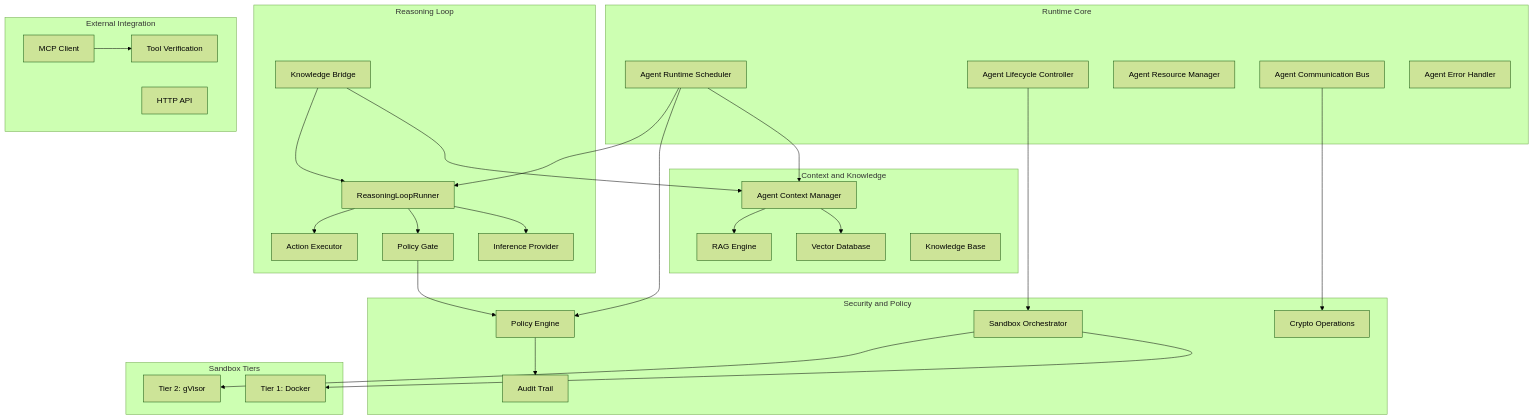
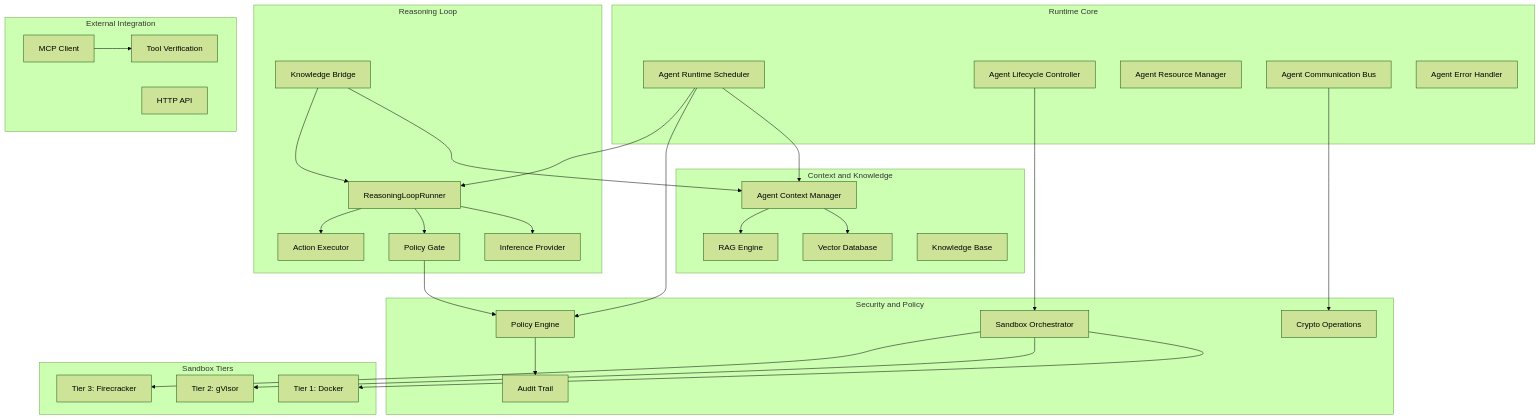
Before and after one commit to ThirdKeyAI/Symbiont: the first of 3 diagrams in docs/pt/runtime-architecture.md, drawn with Mermaid (forest theme). The commit also changed other lines of this file and 58 other files, not shown here.

Commit message:
release: v1.12.0 — sandbox tier selection (Docker/gVisor/Firecracker, all OSS), .symbi canonical extension, SecurityTier::Hosted for E2B, tier3 init flags + setup guide, full translations

````diff
--- a/docs/pt/runtime-architecture.md
+++ b/docs/pt/runtime-architecture.md
@@ -26,61 +26,63 @@
 ```mermaid
 graph TB
     subgraph "Runtime Core"
         ARS[Agent Runtime Scheduler]
         ALC[Agent Lifecycle Controller]
         ARM[Agent Resource Manager]
         ACB[Agent Communication Bus]
         AEH[Agent Error Handler]
     end
 
     subgraph "Reasoning Loop"
         RL[ReasoningLoopRunner]
         IP[Inference Provider]
         PG[Policy Gate]
         AE[Action Executor]
         KBR[Knowledge Bridge]
     end
 
     subgraph "Context and Knowledge"
         ACM[Agent Context Manager]
         VDB[Vector Database]
         RAG[RAG Engine]
         KB[Knowledge Base]
     end
     
     subgraph "Security and Policy"
         PE[Policy Engine]
         AT[Audit Trail]
         SO[Sandbox Orchestrator]
         CRYPTO[Crypto Operations]
     end
     
     subgraph "External Integration"
         MCP[MCP Client]
         TV[Tool Verification]
         API[HTTP API]
     end
     
     subgraph "Sandbox Tiers"
         T1[Tier 1: Docker]
         T2[Tier 2: gVisor]
+        T3[Tier 3: Firecracker]
     end
     
     ARS --> ACM
     ARS --> PE
     ARS --> RL
     ALC --> SO
     ACB --> CRYPTO
     ACM --> VDB
     ACM --> RAG
     RL --> IP
     RL --> PG
     RL --> AE
     KBR --> ACM
     KBR --> RL
     PG --> PE
     SO --> T1
     SO --> T2
+    SO --> T3
     MCP --> TV
     PE --> AT
 ```
````
